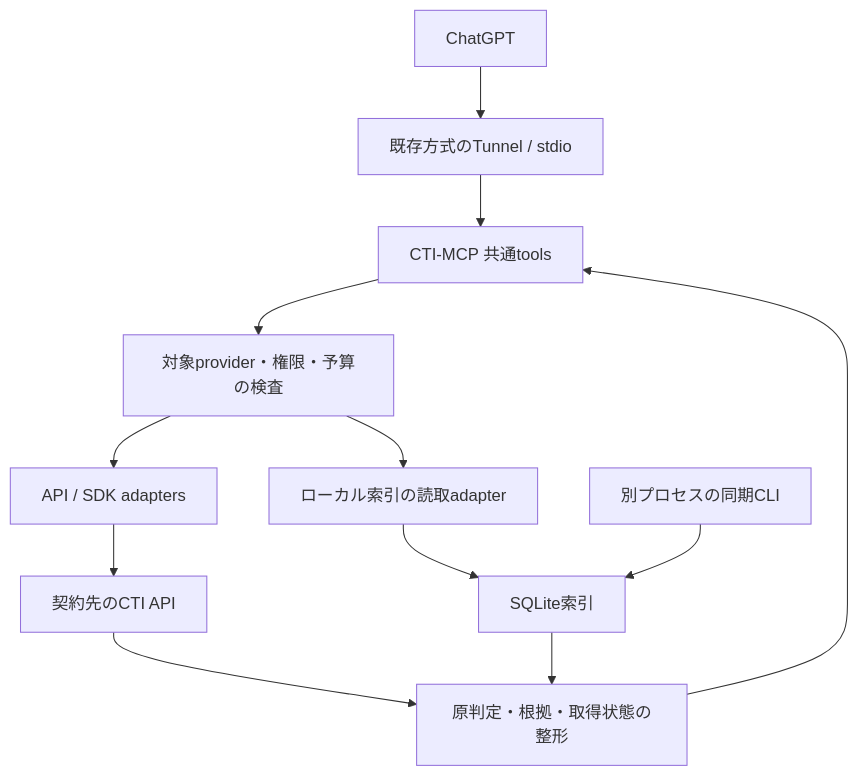
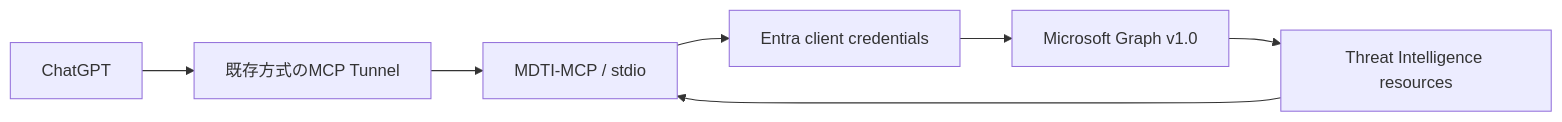
Before and after one commit to Helvetica1248/CTI-MCP: the diagram in docs/design.md, drawn with Mermaid. The commit also changed other lines of this file and 3 other files, not shown here.

Commit message:
docs: narrow project scope to Microsoft Threat Intelligence

````diff
--- a/docs/design.md
+++ b/docs/design.md
@@ -34,14 +37,9 @@
 ```mermaid
-flowchart TD
-    C["ChatGPT"] --> T["既存方式のTunnel / stdio"]
-    T --> M["CTI-MCP 共通tools"]
-    M --> Q["対象provider・権限・予算の検査"]
-    Q --> A["API / SDK adapters"]
-    Q --> I["ローカル索引の読取adapter"]
-    A --> V["契約先のCTI API"]
-    I --> D["SQLite索引"]
-    S["別プロセスの同期CLI"] --> D
-    V --> R["原判定・根拠・取得状態の整形"]
-    D --> R
+flowchart LR
+    C["ChatGPT"] --> T["既存方式のMCP Tunnel"]
+    T --> M["MDTI-MCP / stdio"]
+    M --> A["Entra client credentials"]
+    A --> G["Microsoft Graph v1.0"]
+    G --> R["Threat Intelligence resources"]
     R --> M
 ```
````
